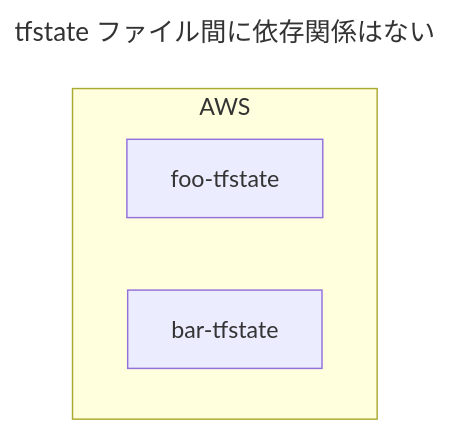
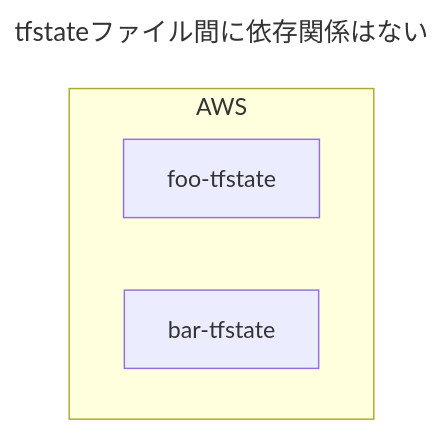
Before and after one commit to hiroki-it/hatenablog: the first of 12 diagrams in dist/entry/2023/07/01/180257.md, drawn with Mermaid. The commit also changed other lines of this file, not shown here.

````diff
--- a/dist/entry/2023/07/01/180257.md
+++ b/dist/entry/2023/07/01/180257.md
@@ -134,11 +134,11 @@
 ```mermaid
 ---
-title: tfstate ファイル間に依存関係はない
+title: tfstateファイル間に依存関係はない
 ---
 %%{init:{'theme':'default'}}%%
 flowchart TB
     subgraph AWS
         foo["foo-tfstate"]
         bar["bar-tfstate"]
     end
 ```
````
